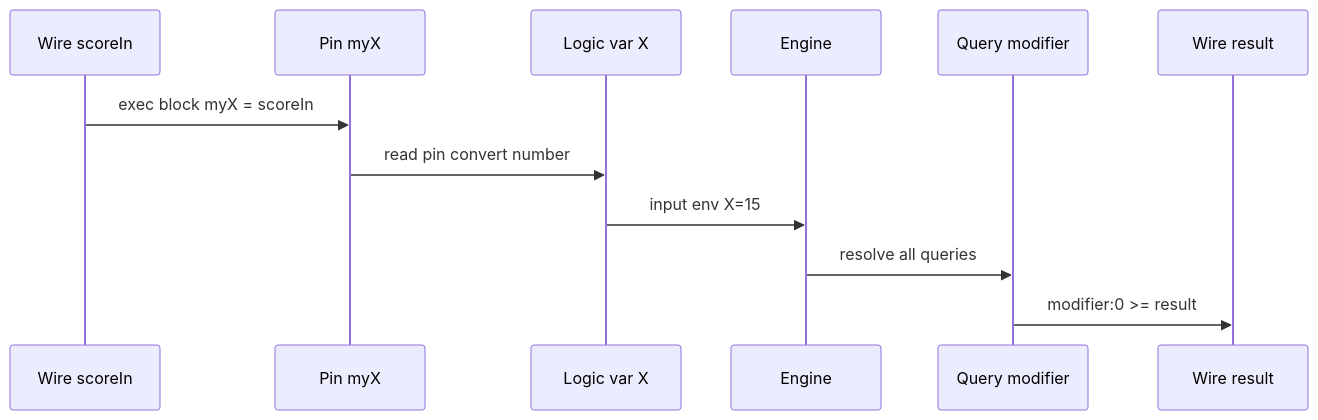
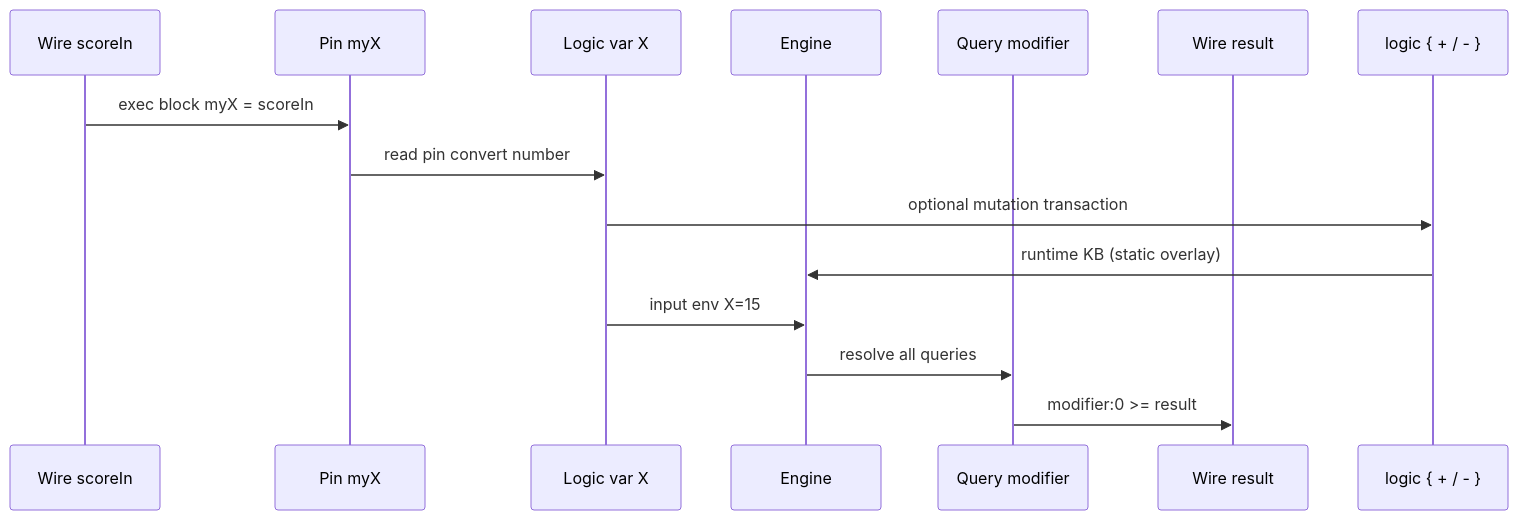
The diagram in library/logTscript/v0_3_2/doc/comp-logic.md (epsislow/logic-algebra-js), drawn with Mermaid before and after one commit. The commit also changed other lines of this file and 14 other files, not shown here.

Commit message:
comp logic runtime mutation phase11 done

````diff
--- a/library/logTscript/v0_3_2/doc/comp-logic.md
+++ b/library/logTscript/v0_3_2/doc/comp-logic.md
@@ -26,15 +27,18 @@
 ```mermaid
 sequenceDiagram
   participant W as Wire scoreIn
   participant P as Pin myX
   participant L as Logic var X
   participant E as Engine
   participant Q as Query modifier
   participant R as Wire result
+  participant M as logic { + / - }
 
   W->>P: exec block myX = scoreIn
   P->>L: read pin convert number
+  L->>M: optional mutation transaction
+  M->>E: runtime KB (static overlay)
   L->>E: input env X=15
   E->>Q: resolve all queries
   Q->>R: modifier:0 >= result
 ```
````
